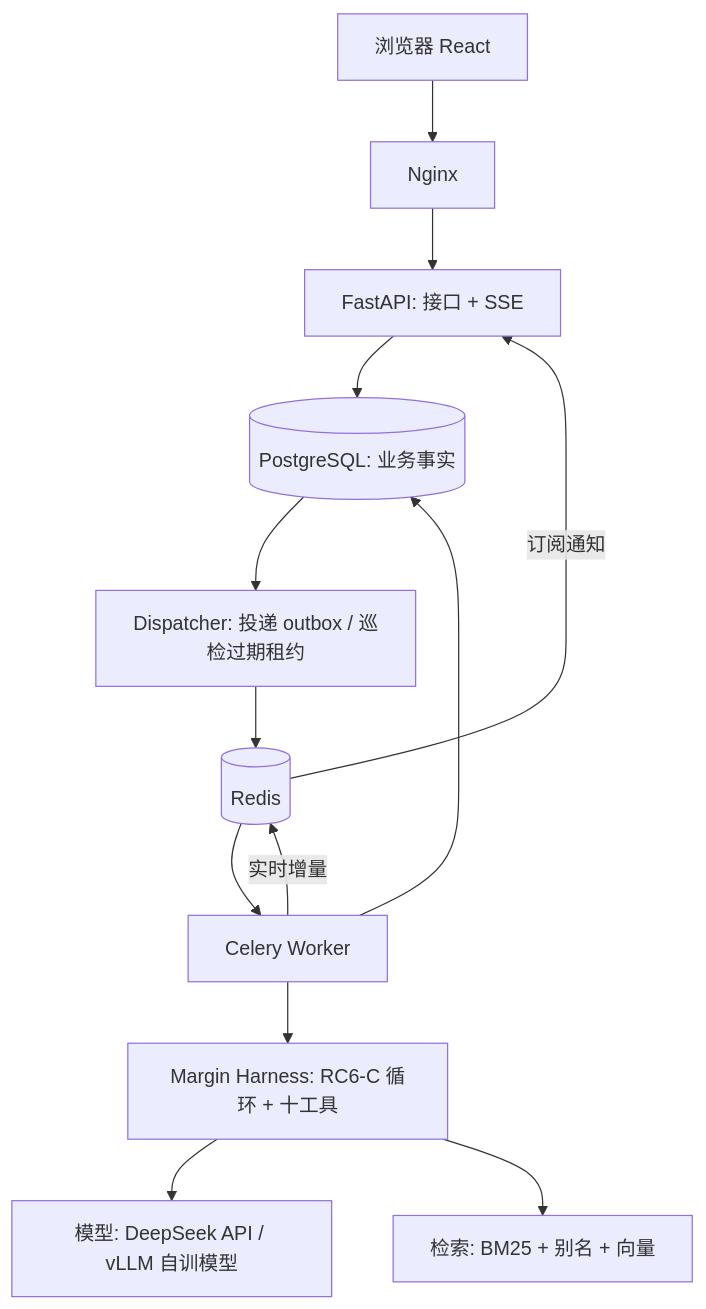
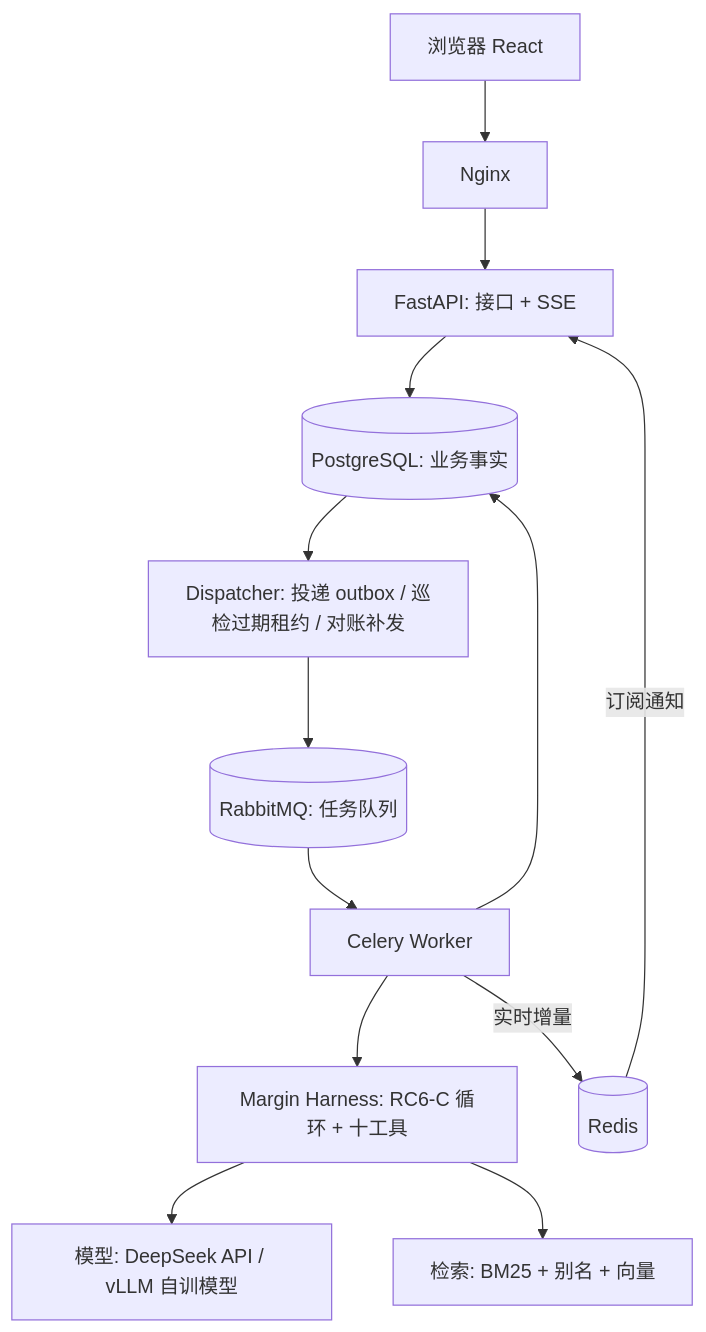
Before and after one commit to Flora233333/Margin-Agent: the diagram in docs/PLAN.md, drawn with Mermaid. The commit also changed other lines of this file and 3 other files, not shown here.

````diff
--- a/docs/PLAN.md
+++ b/docs/PLAN.md
@@ -64,19 +64,19 @@
 ```mermaid
 flowchart TB
     U["浏览器 React"] --> N["Nginx"]
     N --> A["FastAPI: 接口 + SSE"]
     A --> PG[("PostgreSQL: 业务事实")]
 
     R[("Redis")] -->|"订阅通知"| A
 
-    PG --> D["Dispatcher: 投递 outbox / 巡检过期租约"]
-    D --> R
-    R --> W["Celery Worker"]
+    PG --> D["Dispatcher: 投递 outbox / 巡检过期租约 / 对账补发"]
+    D --> MQ[("RabbitMQ: 任务队列")]
+    MQ --> W["Celery Worker"]
 
     W --> H["Margin Harness: RC6-C 循环 + 十工具"]
     H --> L["模型: DeepSeek API / vLLM 自训模型"]
     H --> S["检索: BM25 + 别名 + 向量"]
 
     W --> PG
     W -->|"实时增量"| R
 ```
````
